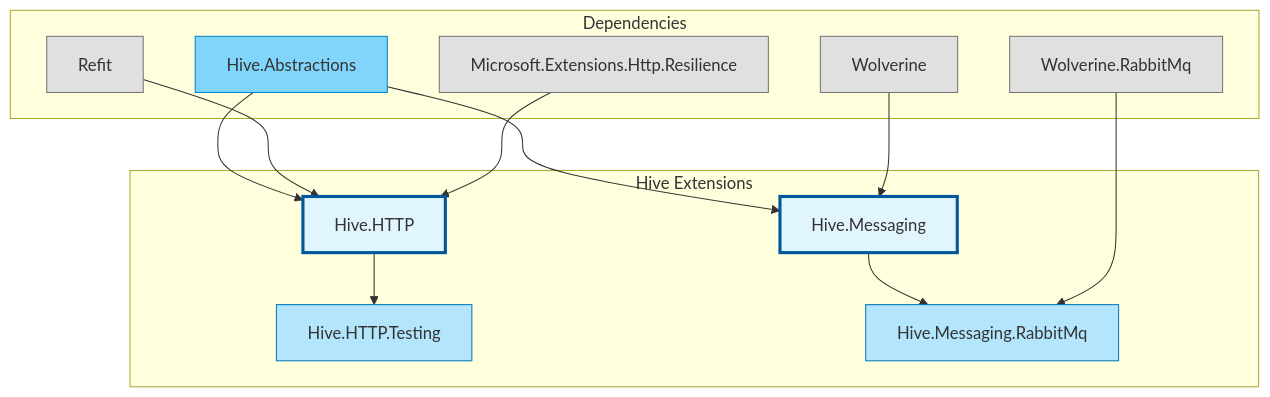
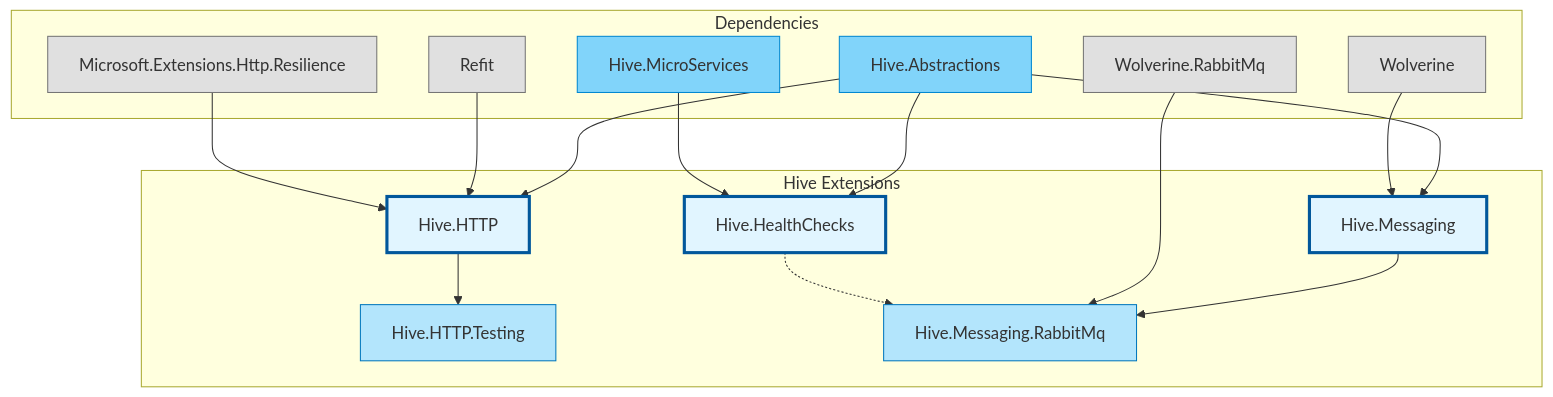
Before and after one commit to cloud-tek/hive: the diagram in hive.extensions/README.md, drawn with Mermaid. The commit also changed other lines of this file and 46 other files, not shown here.

First line of the commit message:
feat: add Hive.HealthChecks module with threshold-based readiness gating

````diff
--- a/hive.extensions/README.md
+++ b/hive.extensions/README.md
@@ -7,37 +7,45 @@
 ```mermaid
 graph TB
     subgraph "Hive Extensions"
         HTTP[Hive.HTTP]
         HTTPTesting[Hive.HTTP.Testing]
         Messaging[Hive.Messaging]
         MessagingRmq[Hive.Messaging.RabbitMq]
+        HealthChecks[Hive.HealthChecks]
     end
 
     subgraph Dependencies
         Abstractions[Hive.Abstractions]
+        MicroServices[Hive.MicroServices]
         Refit[Refit]
         Polly[Microsoft.Extensions.Http.Resilience]
         Wolverine[Wolverine]
         WolverineRmq[Wolverine.RabbitMq]
     end
 
     Abstractions --> HTTP
     Refit --> HTTP
     Polly --> HTTP
     HTTP --> HTTPTesting
 
     Abstractions --> Messaging
     Wolverine --> Messaging
     Messaging --> MessagingRmq
     WolverineRmq --> MessagingRmq
 
+    Abstractions --> HealthChecks
+    MicroServices --> HealthChecks
+    HealthChecks -.-> MessagingRmq
+
     style HTTP fill:#e1f5ff,stroke:#01579b,stroke-width:3px
     style HTTPTesting fill:#b3e5fc,stroke:#0277bd
     style Messaging fill:#e1f5ff,stroke:#01579b,stroke-width:3px
     style MessagingRmq fill:#b3e5fc,stroke:#0277bd
+    style HealthChecks fill:#e1f5ff,stroke:#01579b,stroke-width:3px
     style Abstractions fill:#81d4fa,stroke:#0288d1
+    style MicroServices fill:#81d4fa,stroke:#0288d1
     style Refit fill:#e0e0e0,stroke:#757575
     style Polly fill:#e0e0e0,stroke:#757575
     style Wolverine fill:#e0e0e0,stroke:#757575
     style WolverineRmq fill:#e0e0e0,stroke:#757575
 ```
````
